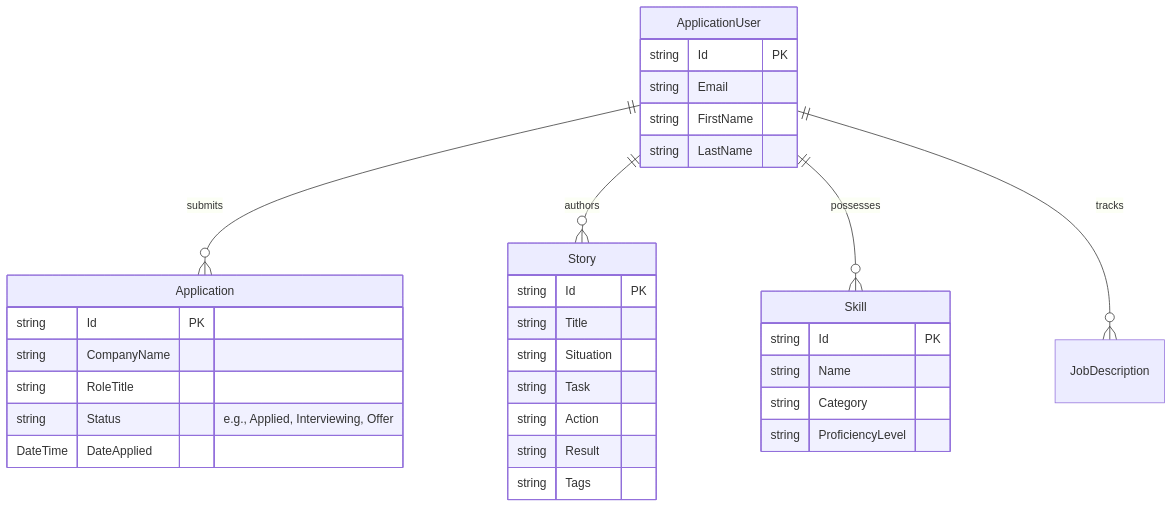
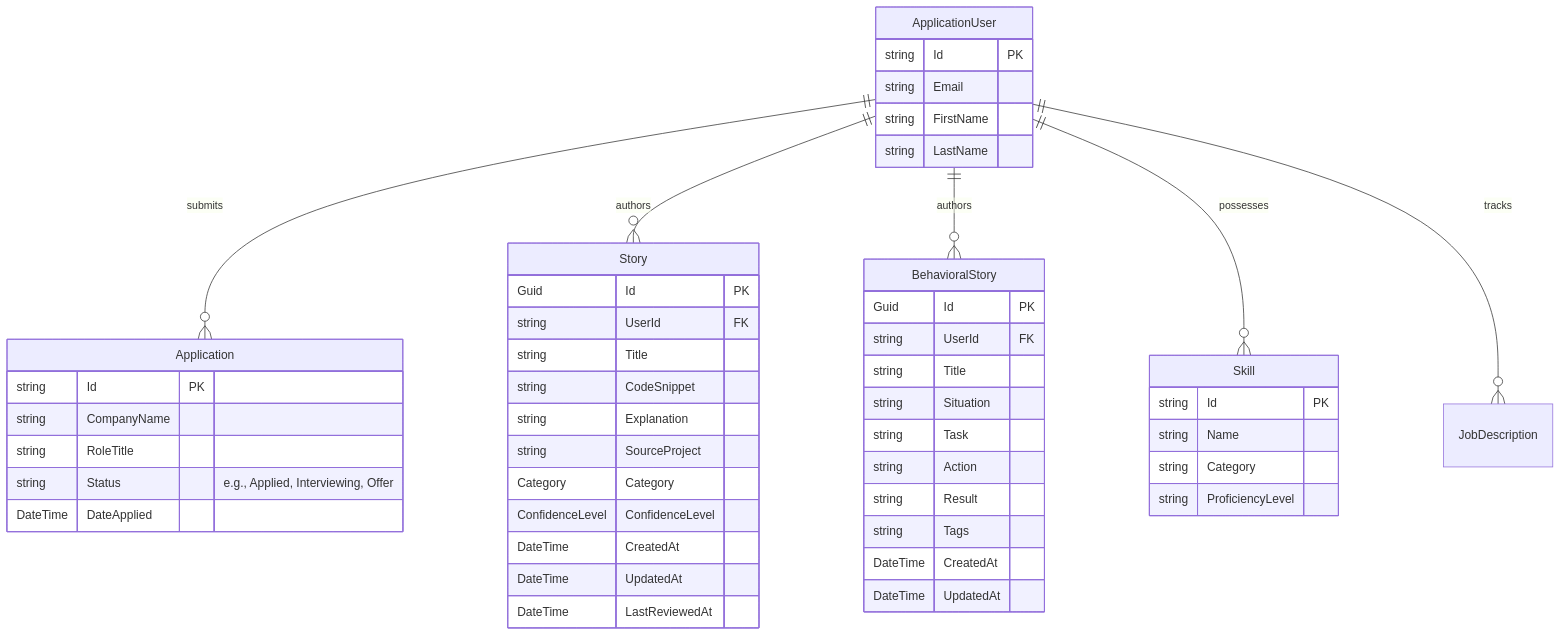
Before and after one commit to austinchima/Precept: the second of 2 diagrams in README.md, drawn with Mermaid. The commit also changed other lines of this file and 1 other file, not shown here.

Commit message:
docs: add MIT license and update architectural schema and roadmap in documentation

````diff
--- a/README.md
+++ b/README.md
@@ -94,39 +94,57 @@
 ```mermaid
 erDiagram
     ApplicationUser ||--o{ Application : submits
     ApplicationUser ||--o{ Story : authors
+    ApplicationUser ||--o{ BehavioralStory : authors
     ApplicationUser ||--o{ Skill : possesses
     ApplicationUser ||--o{ JobDescription : tracks
 
     ApplicationUser {
         string Id PK
         string Email
         string FirstName
         string LastName
     }
 
     Application {
         string Id PK
         string CompanyName
         string RoleTitle
         string Status "e.g., Applied, Interviewing, Offer"
         DateTime DateApplied
     }
 
     Story {
-        string Id PK
+        Guid Id PK
+        string UserId FK
+        string Title
+        string CodeSnippet
+        string Explanation
+        string SourceProject
+        Category Category
+        ConfidenceLevel ConfidenceLevel
+        DateTime CreatedAt
+        DateTime UpdatedAt
+        DateTime LastReviewedAt
+    }
+
+    BehavioralStory {
+        Guid Id PK
+        string UserId FK
         string Title
         string Situation
         string Task
         string Action
         string Result
         string Tags
+        DateTime CreatedAt
+        DateTime UpdatedAt
     }
 
     Skill {
         string Id PK
         string Name
         string Category
         string ProficiencyLevel
     }
 ```
````
